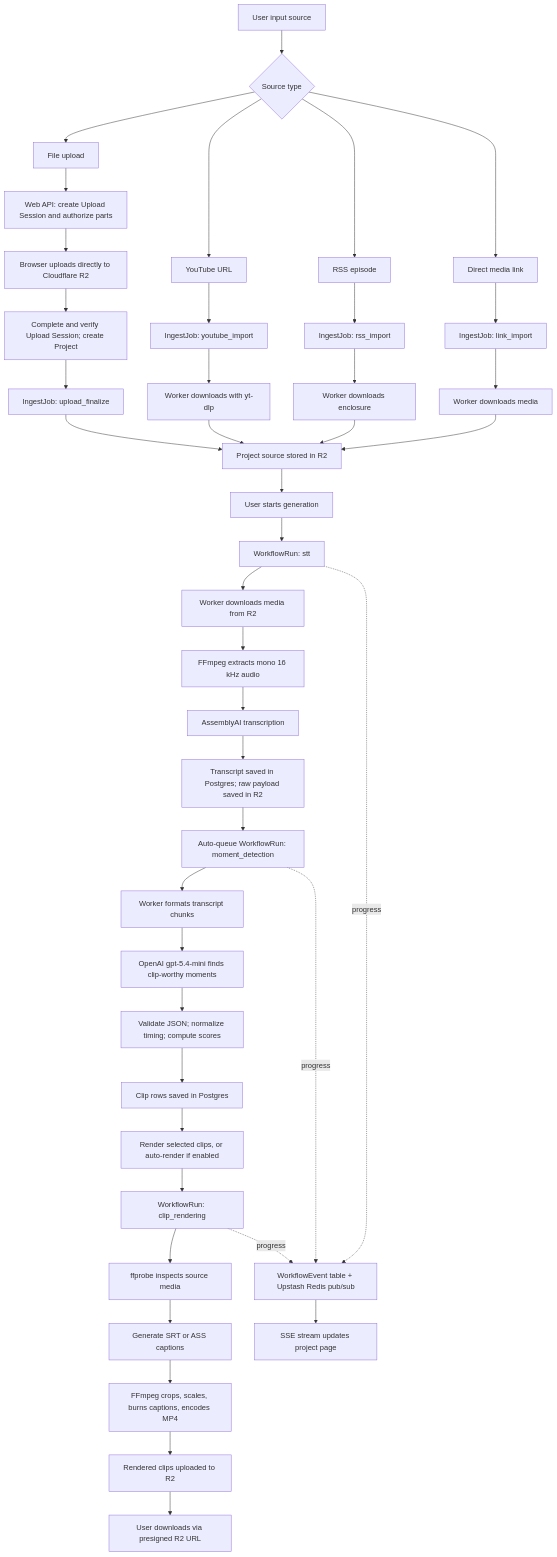
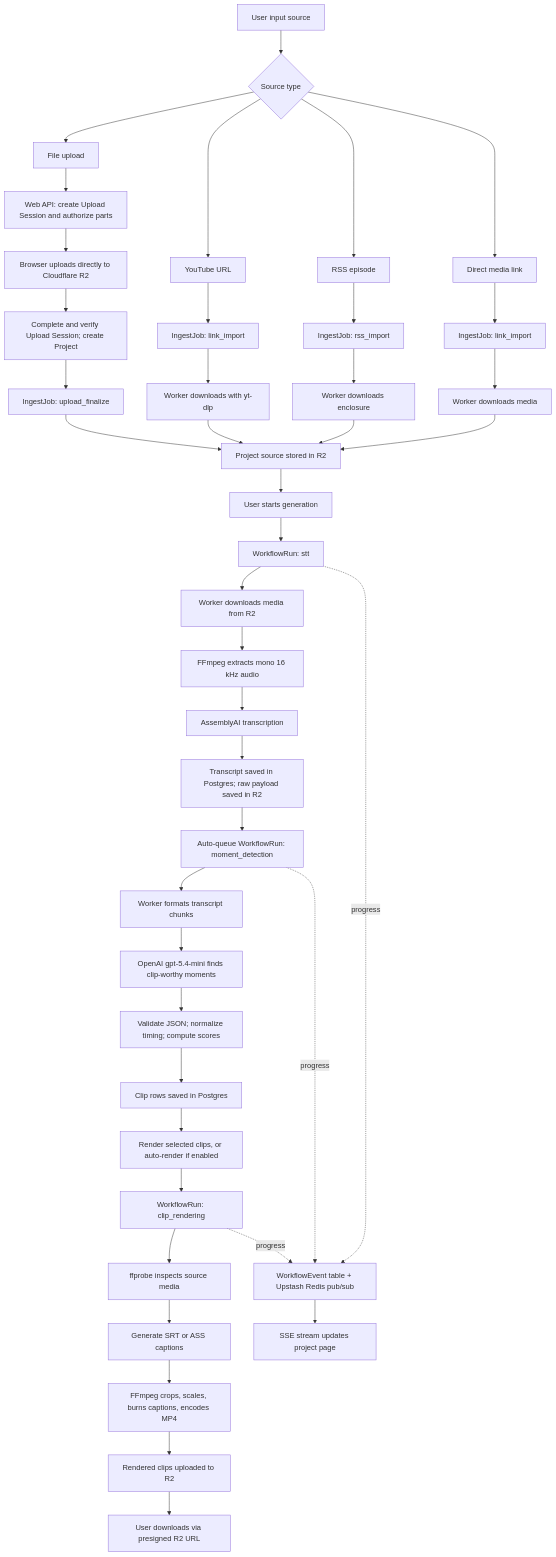
Before and after one commit to murtaza-ch/narriflow: the diagram in README.md, drawn with Mermaid. The commit also changed other lines of this file and 19 other files, not shown here.

````diff
--- a/README.md
+++ b/README.md
@@ -92,50 +92,50 @@
 ```mermaid
 flowchart TD
   A["User input source"] --> B{"Source type"}
   B --> C["File upload"]
   B --> D["YouTube URL"]
   B --> E["RSS episode"]
   B --> LL["Direct media link"]
   LL --> LI["IngestJob: link_import"]
   LI --> LM["Worker downloads media"]
   LM --> N
 
   C --> F["Web API: create Upload Session and authorize parts"]
   F --> G["Browser uploads directly to Cloudflare R2"]
   G --> H["Complete and verify Upload Session; create Project"]
   H --> I["IngestJob: upload_finalize"]
 
-  D --> J["IngestJob: youtube_import"]
+  D --> J["IngestJob: link_import"]
   J --> K["Worker downloads with yt-dlp"]
   E --> L["IngestJob: rss_import"]
   L --> M["Worker downloads enclosure"]
 
   I --> N["Project source stored in R2"]
   K --> N
   M --> N
 
   N --> O["User starts generation"]
   O --> P["WorkflowRun: stt"]
   P --> Q["Worker downloads media from R2"]
   Q --> R["FFmpeg extracts mono 16 kHz audio"]
   R --> S["AssemblyAI transcription"]
   S --> T["Transcript saved in Postgres; raw payload saved in R2"]
 
   T --> U["Auto-queue WorkflowRun: moment_detection"]
   U --> V["Worker formats transcript chunks"]
   V --> W["OpenAI gpt-5.4-mini finds clip-worthy moments"]
   W --> X["Validate JSON; normalize timing; compute scores"]
   X --> Y["Clip rows saved in Postgres"]
   Y --> Z["Render selected clips, or auto-render if enabled"]
   Z --> AA["WorkflowRun: clip_rendering"]
   AA --> AB["ffprobe inspects source media"]
   AB --> AC["Generate SRT or ASS captions"]
   AC --> AD["FFmpeg crops, scales, burns captions, encodes MP4"]
   AD --> AE["Rendered clips uploaded to R2"]
   AE --> AF["User downloads via presigned R2 URL"]
 
   P -.progress.-> GG["WorkflowEvent table + Upstash Redis pub/sub"]
   U -.progress.-> GG
   AA -.progress.-> GG
   GG --> HH["SSE stream updates project page"]
 ```
````
